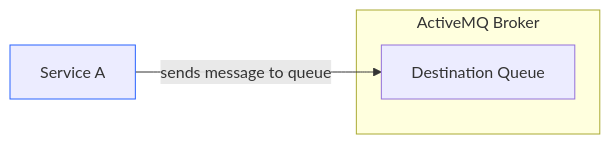
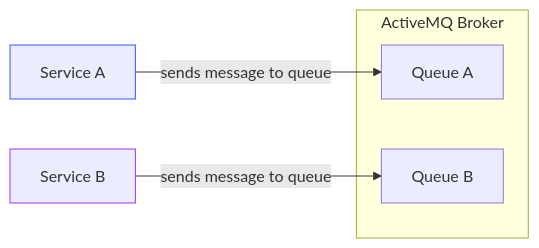
Before and after one commit to Waleed2660/springboot-learning-kit: the first of 5 diagrams in tasks/Task_4.md, drawn with Mermaid. The commit also changed other lines of this file, not shown here.

Commit message:
updated task 4 mermaid diagrams

````diff
--- a/tasks/Task_4.md
+++ b/tasks/Task_4.md
@@ -22,10 +22,13 @@
 ```mermaid
 flowchart LR
-    A["Service A"] --> |sends message to queue| C[" Destination Queue"]
+    A["Service A"] --> |sends message to queue| B["Queue A"]
+    D["Service B"] --> |sends message to queue| E["Queue B"]
     
     subgraph "ActiveMQ Broker"
-        C
+        B
+        E
     end
     
     style A stroke:#2962FF
+    style D stroke:#9935FF
 ```
````
